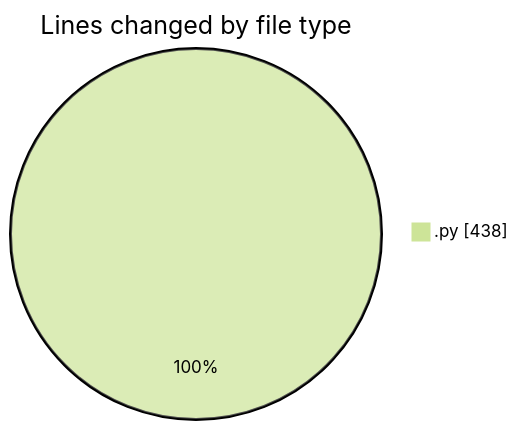
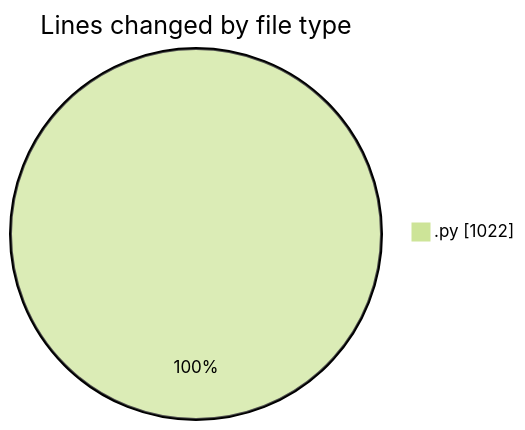
The first of 2 diagrams in 2025-11-07/eventscop-api-guide__workspace_/README.md (julien-gomy/code-tracking), drawn with Mermaid (forest theme) before and after one commit. The commit also changed other lines of this file and 1 other file, not shown here.

````diff
--- a/2025-11-07/eventscop-api-guide__workspace_/README.md
+++ b/2025-11-07/eventscop-api-guide__workspace_/README.md
@@ -22,5 +23,5 @@
 ```mermaid
 pie showData
 title Lines changed by file type
-".py" : 438
+".py" : 1022
 ```
````
